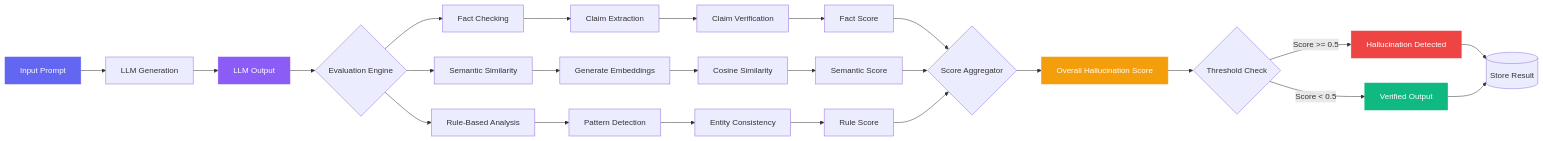
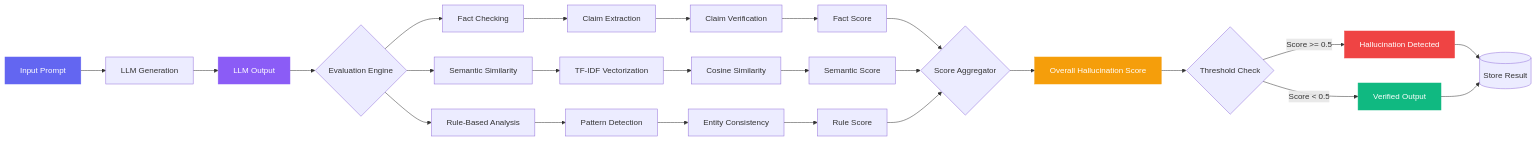
Before and after one commit to rishi02102017/HalluciDetect: the second of 8 diagrams in README.md, drawn with Mermaid. The commit also changed other lines of this file and 1 other file, not shown here.

Commit message:
Fix: Clean up TF-IDF implementation, update README docs

````diff
--- a/README.md
+++ b/README.md
@@ -67,40 +67,40 @@
 ```mermaid
 flowchart LR
     A[Input Prompt] --> B[LLM Generation]
     B --> C[LLM Output]
     C --> D{Evaluation Engine}
     
     D --> E[Fact Checking]
     D --> F[Semantic Similarity]
     D --> G[Rule-Based Analysis]
     
     E --> H[Claim Extraction]
     H --> I[Claim Verification]
     I --> J[Fact Score]
     
-    F --> K[Generate Embeddings]
+    F --> K[TF-IDF Vectorization]
     K --> L[Cosine Similarity]
     L --> M[Semantic Score]
     
     G --> N[Pattern Detection]
     N --> O[Entity Consistency]
     O --> P[Rule Score]
     
     J --> Q{Score Aggregator}
     M --> Q
     P --> Q
     
     Q --> R[Overall Hallucination Score]
     R --> S{Threshold Check}
     S -->|Score >= 0.5| T[Hallucination Detected]
     S -->|Score < 0.5| U[Verified Output]
     
     T --> V[(Store Result)]
     U --> V
     
     style A fill:#6366f1,stroke:#6366f1,color:#fff
     style C fill:#8b5cf6,stroke:#8b5cf6,color:#fff
     style R fill:#f59e0b,stroke:#f59e0b,color:#fff
     style T fill:#ef4444,stroke:#ef4444,color:#fff
     style U fill:#10b981,stroke:#10b981,color:#fff
 ```
````
